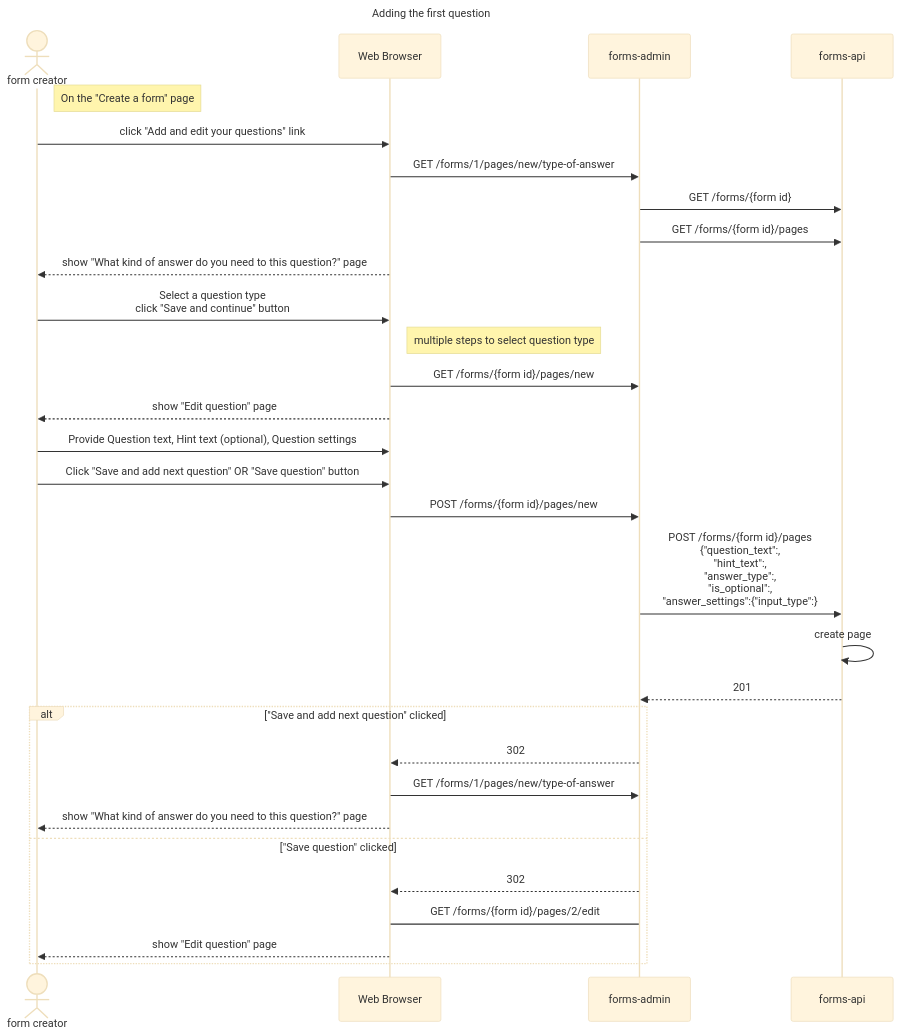
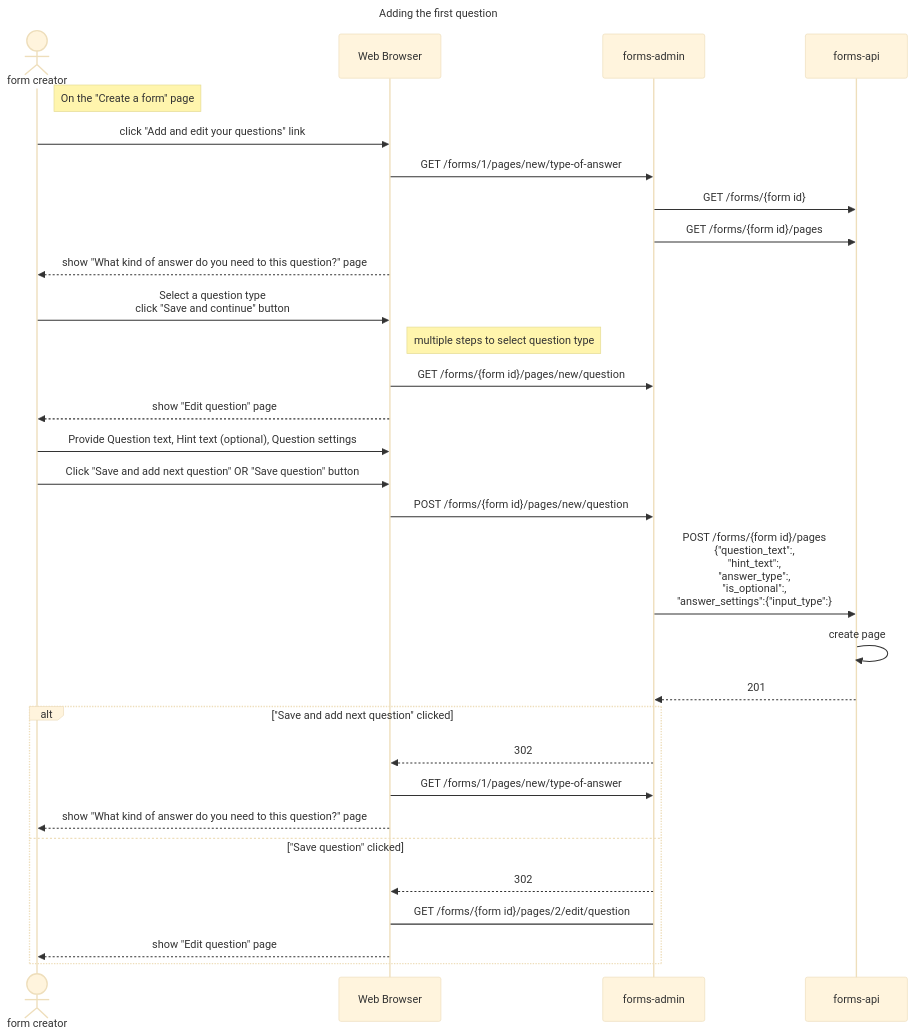
The second of 5 diagrams in diagrams/sequence-diagrams/creating-a-form.md (alphagov/forms), drawn with Mermaid (base theme) before and after one commit.

Commit message:
Update routes for "Edit question"

````diff
--- a/diagrams/sequence-diagrams/creating-a-form.md
+++ b/diagrams/sequence-diagrams/creating-a-form.md
@@ -32,44 +32,44 @@
 ```mermaid
 sequenceDiagram
   title Adding the first question
   actor user as form creator
   participant browser as Web Browser
   participant admin as forms-admin
   link admin: GitHub repo @ https://github.com/alphagov/forms-admin
   participant api as forms-api
   link api: GitHub repo @ https://github.com/alphagov/forms-api
 
   note right of user: On the "Create a form" page
 
   user->>browser: click "Add and edit your questions" link
   browser->>admin: GET /forms/1/pages/new/type-of-answer
   admin->>api: GET /forms/{form id}
   admin->>api: GET /forms/{form id}/pages
 
   browser-->>user: show "What kind of answer do you need to this question?" page
 
   user->>browser: Select a question type<br />click "Save and continue" button
 
   note right of browser: multiple steps to select question type
 
-  browser->>admin: GET /forms/{form id}/pages/new
+  browser->>admin: GET /forms/{form id}/pages/new/question
   browser-->>user: show "Edit question" page
 
 
   user->>browser: Provide Question text, Hint text (optional), Question settings
   user->>browser: Click "Save and add next question" OR "Save question" button
-  browser->>admin: POST /forms/{form id}/pages/new
+  browser->>admin: POST /forms/{form id}/pages/new/question
   admin->>api: POST /forms/{form id}/pages<br />{"question_text":,<br />"hint_text":,<br />"answer_type":,<br />"is_optional":,<br />"answer_settings":{"input_type":}
   api->>api: create page
   api-->>admin: 201
 
   alt "Save and add next question" clicked
     admin-->>browser: 302
     browser->>admin: GET /forms/1/pages/new/type-of-answer
     browser-->>user: show "What kind of answer do you need to this question?" page 
   else "Save question" clicked
     admin-->>browser: 302
-    browser->admin: GET /forms/{form id}/pages/2/edit
+    browser->admin: GET /forms/{form id}/pages/2/edit/question
     browser-->>user: show "Edit question" page
   end
 ```
````
